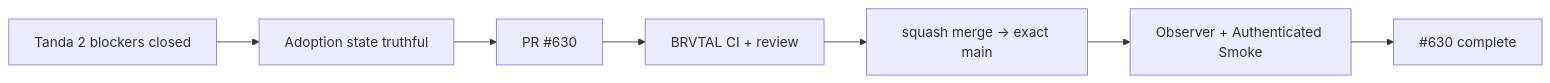
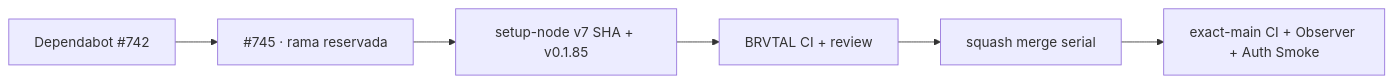
The diagram in README.md (pl0n3r/brvtal), drawn with Mermaid before and after one commit. The commit also changed other lines of this file and 6 other files, not shown here.

First line of the commit message:
chore(deps): promover setup-node v7 con pin inmutable (#745)

````diff
--- a/README.md
+++ b/README.md
@@ -61,9 +48,8 @@
 ```mermaid
 flowchart LR
-  A["Tanda 2 blockers closed"] --> B["Adoption state truthful"]
-  B --> C["PR #630"]
+  A["Dependabot #742"] --> B["#745 · rama reservada"]
+  B --> C["setup-node v7 SHA + v0.1.85"]
   C --> D["BRVTAL CI + review"]
-  D --> E["squash merge → exact main"]
-  E --> F["Observer + Authenticated Smoke"]
-  F --> G["#630 complete"]
+  D --> E["squash merge serial"]
+  E --> F["exact-main CI + Observer + Auth Smoke"]
 ```
````
